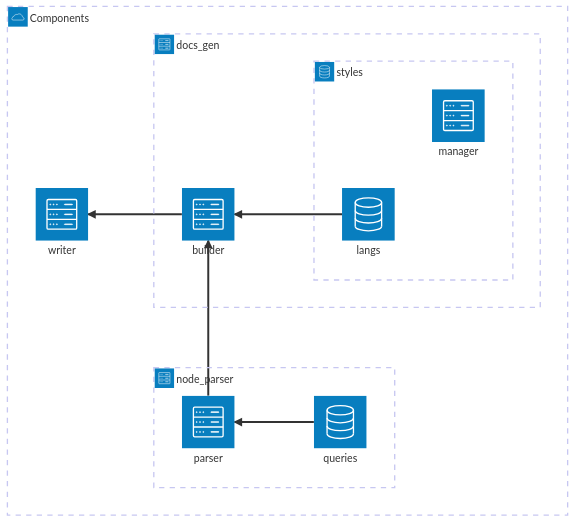
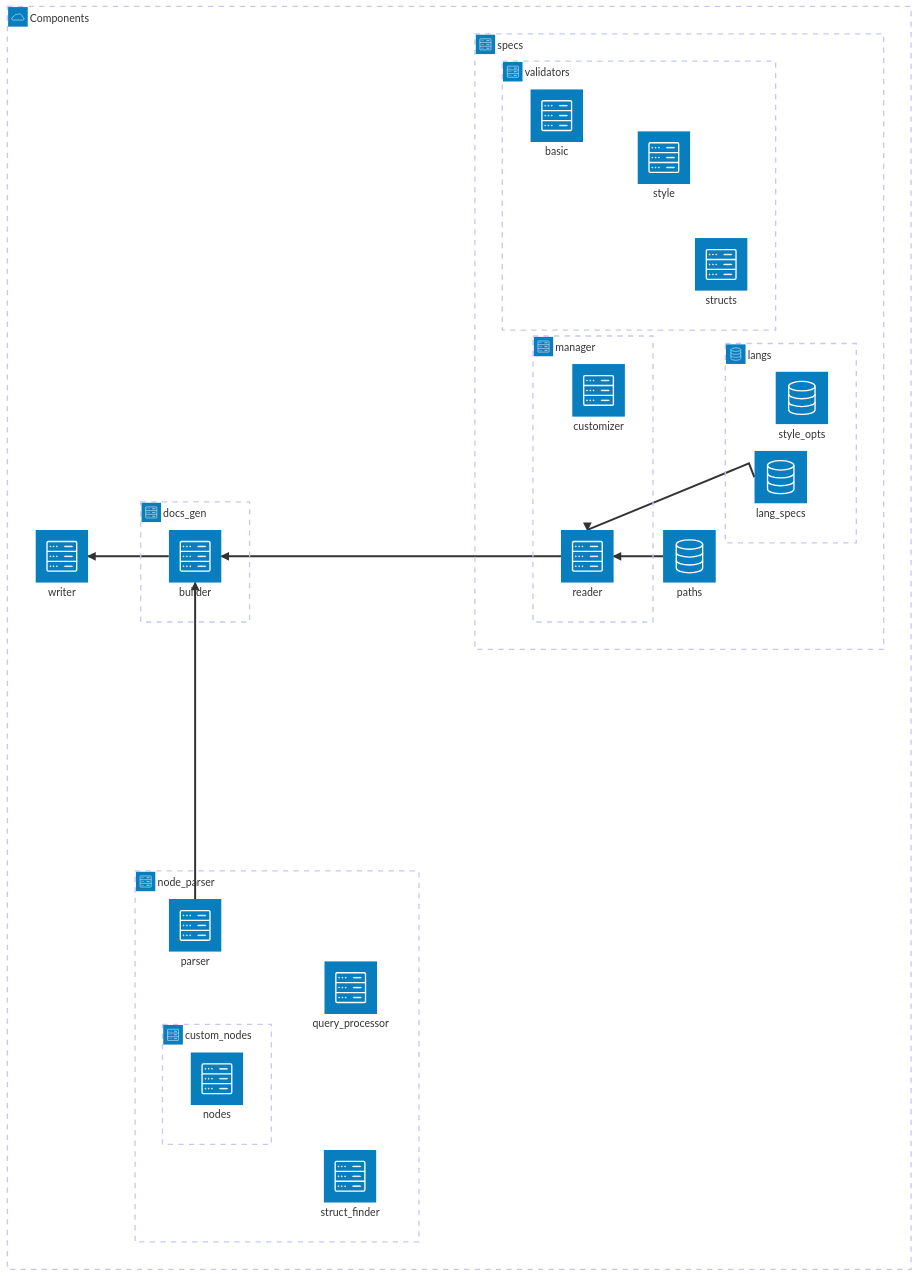
Before and after one commit to jeangiraldoo/codedocs.nvim: the first of 4 diagrams in lua/codedocs/README.md, drawn with Mermaid. The commit also changed other lines of this file, not shown here.

````diff
--- a/lua/codedocs/README.md
+++ b/lua/codedocs/README.md
@@ -15,22 +15,34 @@
 ```mermaid
 architecture-beta
     group components(cloud)[Components]
 
     group node_parser(server)[node_parser] in components
     service parser(server)[parser] in node_parser
-    service queries(database)[queries] in node_parser
+    service struct_finder(server)[struct_finder] in node_parser
+    service query_processor(server)[query_processor] in node_parser
+    group custom_nodes(server)[custom_nodes] in node_parser
+    service nodes(server)[nodes] in custom_nodes
 
     group docs_gen(server)[docs_gen] in components
     service builder(server)[builder] in docs_gen
-    group styles(database)[styles] in docs_gen
 
-    service langs(database)[langs] in styles
-    service manager(server)[manager] in styles
+    group specs(server)[specs] in components
+    service paths(database)[paths] in specs
+    group manager(server)[manager] in specs
+    service customizer(server)[customizer] in manager
+    service reader(server)[reader] in manager
+    group validators(server)[validators] in specs
+    service structs(server)[structs] in validators
+    service style(server)[style] in validators
+    service basic(server)[basic] in validators
+    group langs(database)[langs] in specs
+    service style_opts(database)[style_opts] in langs
+    service lang_specs(database)[lang_specs] in langs
 
     service writer(server)[writer] in components
-
-    parser:R <-- L:queries
+    lang_specs:L --> T:reader
+    paths:L --> R:reader
+    reader:L --> R:builder
     parser:T --> B:builder
-    langs:L --> R:builder
     builder:L --> R:writer
 ```
````
